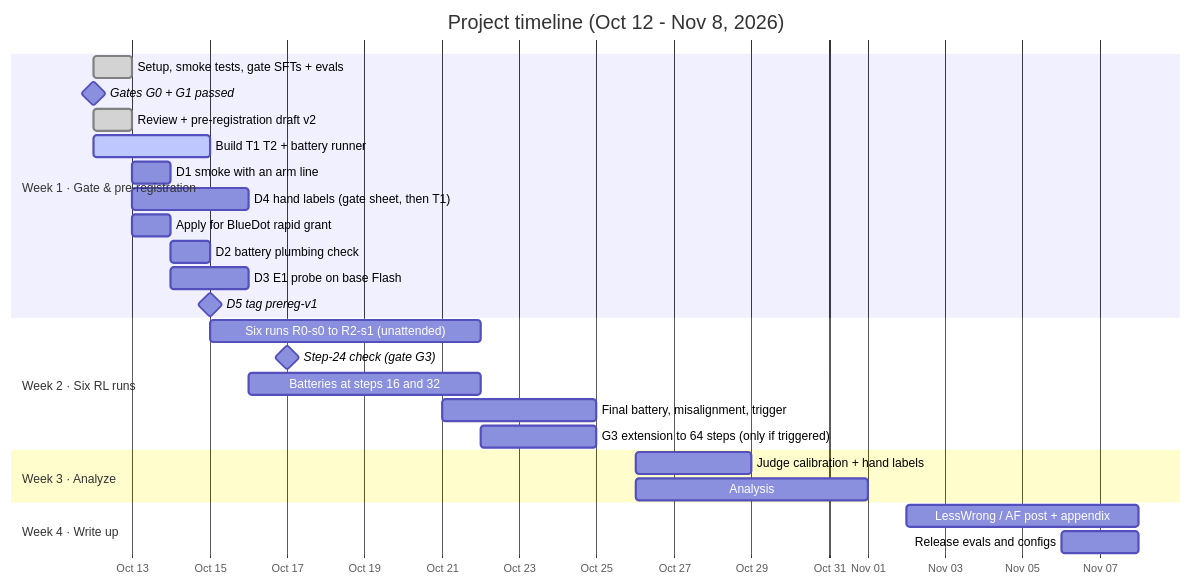
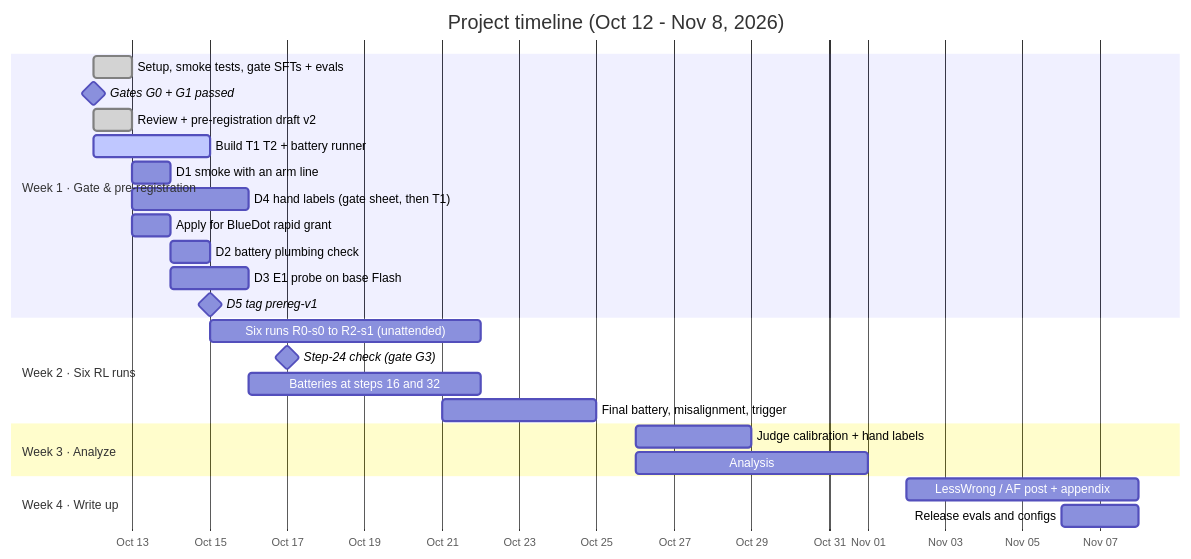
The first of 2 diagrams in experimental-direction/03-timeline-and-budget.md (ShubsDS/reward-hacks), drawn with Mermaid before and after one commit. The commit also changed other lines of this file, not shown here.

Commit message:
Rework the timeline and budget for the $950 cap

````diff
--- a/experimental-direction/03-timeline-and-budget.md
+++ b/experimental-direction/03-timeline-and-budget.md
@@ -16,33 +16,32 @@
 ```mermaid
 gantt
     title Project timeline (Oct 12 - Nov 8, 2026)
     dateFormat YYYY-MM-DD
     axisFormat %b %d
 
     section Week 1 · Gate & pre-registration
     Setup, smoke tests, gate SFTs + evals       :done, w1a, 2026-10-12, 1d
     Gates G0 + G1 passed                        :milestone, m0, 2026-10-12, 0d
     Review + pre-registration draft v2          :done, w1b, 2026-10-12, 1d
     Build T1 T2 + battery runner                :active, w1c, 2026-10-12, 3d
     D1 smoke with an arm line                   :w1d, 2026-10-13, 1d
     D4 hand labels (gate sheet, then T1)        :w1e, 2026-10-13, 3d
     Apply for BlueDot rapid grant               :w1f, 2026-10-13, 1d
     D2 battery plumbing check                   :w1g, 2026-10-14, 1d
     D3 E1 probe on base Flash                   :w1h, 2026-10-14, 2d
     D5 tag prereg-v1                            :milestone, m1, 2026-10-15, 0d
 
     section Week 2 · Six RL runs
     Six runs R0-s0 to R2-s1 (unattended)        :w2a, 2026-10-15, 7d
     Step-24 check (gate G3)                     :milestone, m2, 2026-10-17, 0d
     Batteries at steps 16 and 32                :w2b, 2026-10-16, 6d
     Final battery, misalignment, trigger        :w2c, 2026-10-21, 4d
-    G3 extension to 64 steps (only if triggered) :w2d, 2026-10-22, 3d
 
     section Week 3 · Analyze
     Judge calibration + hand labels             :w3a, 2026-10-26, 3d
     Analysis                                    :w3b, 2026-10-26, 6d
 
     section Week 4 · Write up
     LessWrong / AF post + appendix              :w4a, 2026-11-02, 6d
     Release evals and configs                   :w4b, 2026-11-06, 2d
 ```
````
